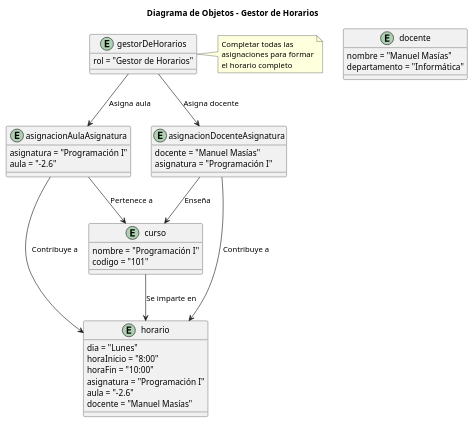
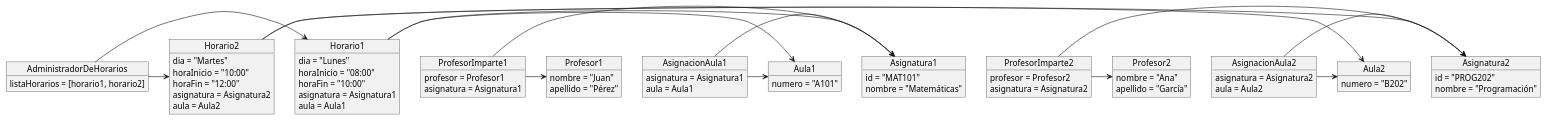
Before and after one commit to mmasias/24-25-IdSw1-SDR: the diagram in modelosUML/diagramaObjetos.puml, drawn with PlantUML.

```diff
--- a/modelosUML/diagramaObjetos.puml
+++ b/modelosUML/diagramaObjetos.puml
@@ -1,51 +1,91 @@
 @startuml
-title Diagrama de Objetos - Gestor de Horarios
-
-entity gestorDeHorarios {
-    rol = "Gestor de Horarios"
+object AdministradorDeHorarios {
+  listaHorarios = [horario1, horario2]
 }
 
-entity asignacionAulaAsignatura {
-    asignatura = "Programación I"
-    aula = "-2.6"
+object Profesor1 {
+  nombre = "Juan"
+  apellido = "Pérez"
 }
 
-entity asignacionDocenteAsignatura {
-    docente = "Manuel Masías"
-    asignatura = "Programación I"
+object Profesor2 {
+  nombre = "Ana"
+  apellido = "García"
 }
 
-entity horario {
-    dia = "Lunes"
-    horaInicio = "8:00"
-    horaFin = "10:00"
-    asignatura = "Programación I"
-    aula = "-2.6"
-    docente = "Manuel Masías"
+object Asignatura1 {
+  id = "MAT101"
+  nombre = "Matemáticas"
 }
 
-entity curso {
-    nombre = "Programación I"
-    codigo = "101"
+object Asignatura2 {
+  id = "PROG202"
+  nombre = "Programación"
 }
 
-entity docente {
-    nombre = "Manuel Masías"
-    departamento = "Informática"
+object Aula1 {
+  numero = "A101"
 }
 
-gestorDeHorarios --> asignacionAulaAsignatura : Asigna aula
-gestorDeHorarios --> asignacionDocenteAsignatura : Asigna docente
-asignacionAulaAsignatura --> curso : Pertenece a
-asignacionDocenteAsignatura --> curso : Enseña
-asignacionAulaAsignatura --> horario : Contribuye a
-asignacionDocenteAsignatura --> horario : Contribuye a
-curso --> horario : Se imparte en
+object Aula2 {
+  numero = "B202"
+}
 
-note right of gestorDeHorarios
-    Completar todas las
-    asignaciones para formar
-    el horario completo
-end note
+object Horario1 {
+  dia = "Lunes"
+  horaInicio = "08:00"
+  horaFin = "10:00"
+  asignatura = Asignatura1
+  aula = Aula1
+}
+
+object Horario2 {
+  dia = "Martes"
+  horaInicio = "10:00"
+  horaFin = "12:00"
+  asignatura = Asignatura2
+  aula = Aula2
+}
+
+object ProfesorImparte1 {
+  profesor = Profesor1
+  asignatura = Asignatura1
+}
+
+object ProfesorImparte2 {
+  profesor = Profesor2
+  asignatura = Asignatura2
+}
+
+object AsignacionAula1 {
+  asignatura = Asignatura1
+  aula = Aula1
+}
+
+object AsignacionAula2 {
+  asignatura = Asignatura2
+  aula = Aula2
+}
+
+AdministradorDeHorarios -> Horario1
+AdministradorDeHorarios -> Horario2
+
+ProfesorImparte1 -> Profesor1
+ProfesorImparte1 -> Asignatura1
+
+ProfesorImparte2 -> Profesor2
+ProfesorImparte2 -> Asignatura2
+
+AsignacionAula1 -> Asignatura1
+AsignacionAula1 -> Aula1
+
+AsignacionAula2 -> Asignatura2
+AsignacionAula2 -> Aula2
+
+Horario1 -> Asignatura1
+Horario1 -> Aula1
+
+Horario2 -> Asignatura2
+Horario2 -> Aula2
 
 @enduml
```
